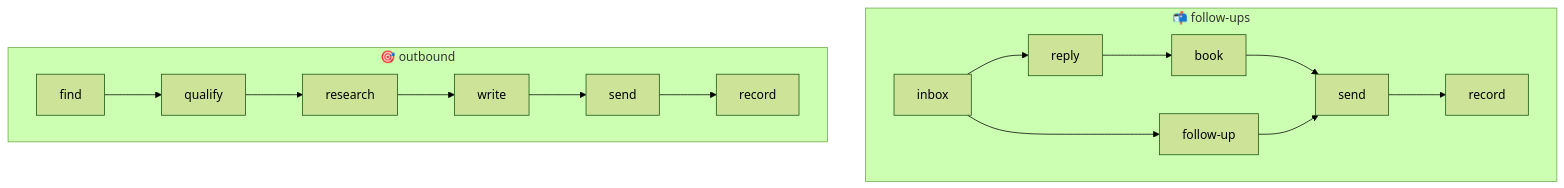
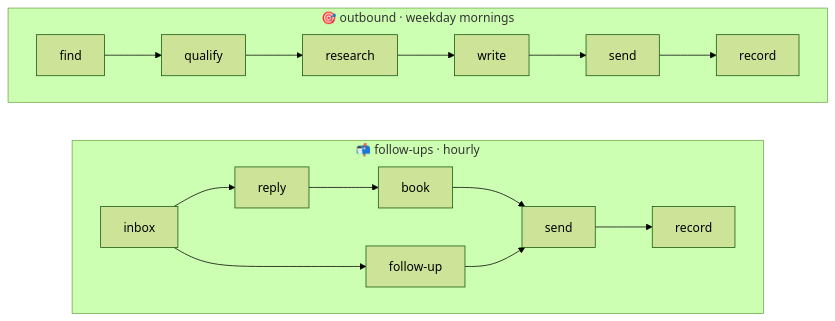
The first of 2 diagrams in README.md (o11-ai/ostack), drawn with Mermaid (forest theme) before and after one commit. The commit also changed other lines of this file and 2 other files, not shown here.

Commit message:
README: image for the layer stack, larger diagrams, clearer table

````diff
--- a/README.md
+++ b/README.md
@@ -80,13 +80,13 @@
 ```mermaid
-flowchart LR
-  subgraph O["🎯 outbound"]
+flowchart TB
+  subgraph O["🎯 outbound · weekday mornings"]
     direction LR
     find --> qualify --> research --> write --> send1["send"] --> record1["record"]
   end
-  subgraph F["📬 follow-ups"]
+  subgraph F["📬 follow-ups · hourly"]
     direction LR
     inbox --> reply --> book --> send2["send"] --> record2["record"]
     inbox --> followup["follow-up"] --> send2
   end
   O ~~~ F
 ```
````
